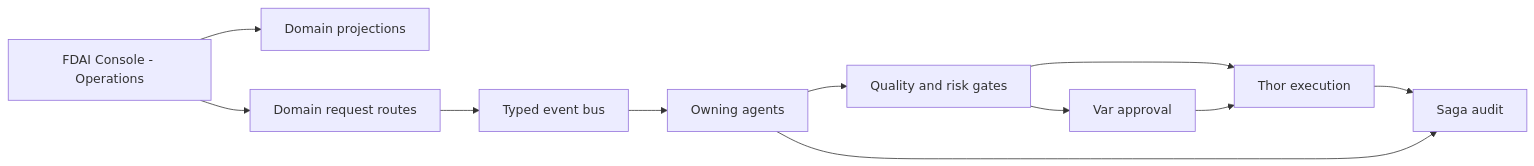
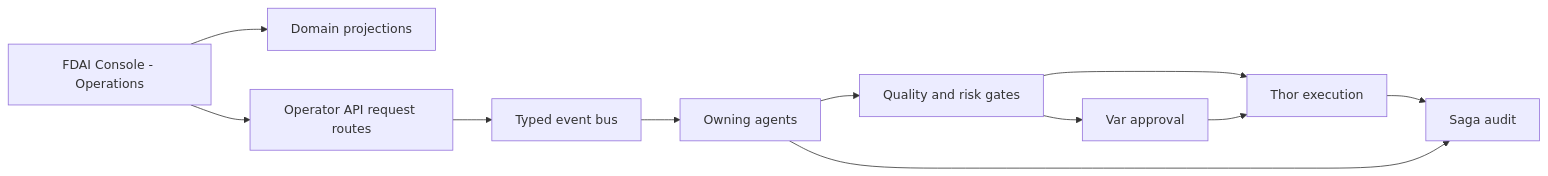
Before and after one commit to dotnetpower/fdai: the diagram in docs/roadmap/interfaces/console-operations-ko.md, drawn with Mermaid. The commit also changed other lines of this file and 5 other files, not shown here.

Commit message:
docs(architecture): define Operator API boundary

````diff
--- a/docs/roadmap/interfaces/console-operations-ko.md
+++ b/docs/roadmap/interfaces/console-operations-ko.md
@@ -29,13 +29,13 @@
 ```mermaid
 flowchart LR
   UI[FDAI Console - Operations] --> READ[Domain projections]
-  UI --> API[Domain request routes]
+  UI --> API[Operator API request routes]
   API --> BUS[Typed event bus]
   BUS --> OWNER[Owning agents]
   OWNER --> GATES[Quality and risk gates]
   GATES --> VAR[Var approval]
   GATES --> THOR[Thor execution]
   VAR --> THOR
   THOR --> SAGA[Saga audit]
   OWNER --> SAGA
 ```
````
